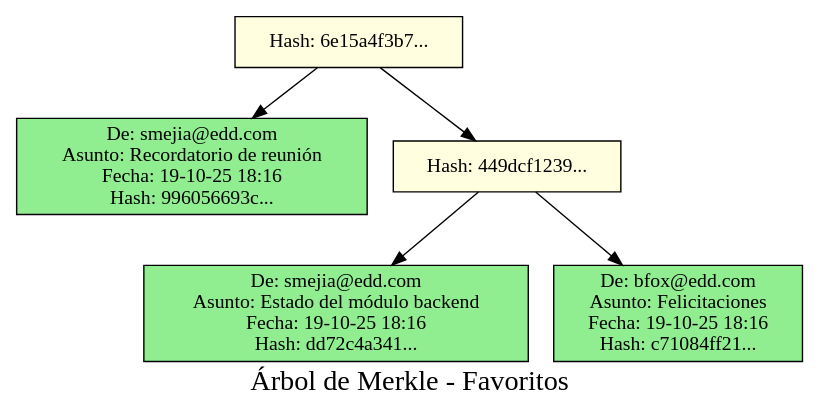
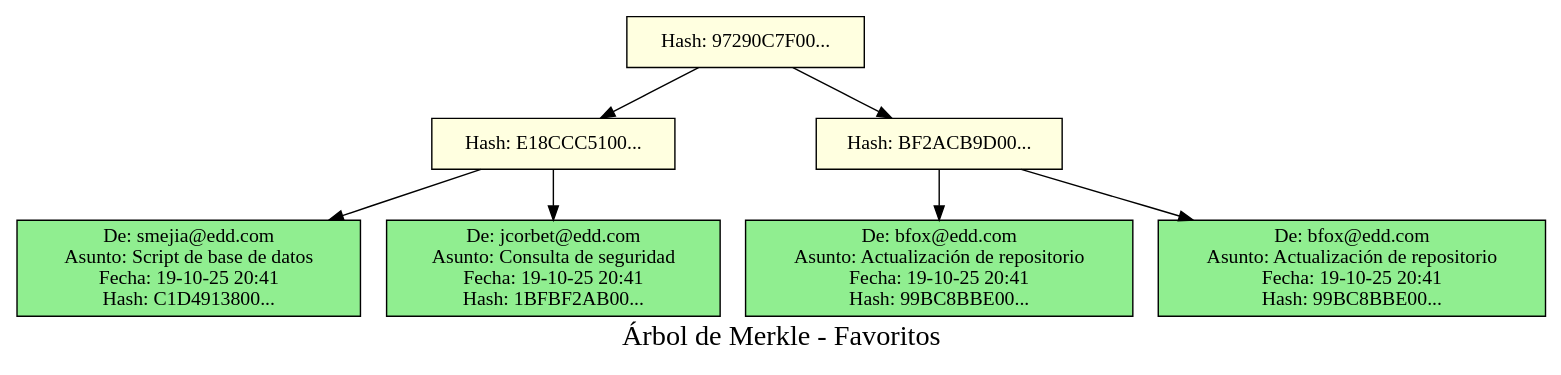
One commit to JoseArt777/-EDD-1S2025_202100305 changed the diagram in Fase1/src/lgarcia-Reportes/merkle_tree.dot. Above: the diagram before and after it, drawn with Graphviz. The commit also changed 10 other files, not shown here.

```diff
--- a/Fase1/src/lgarcia-Reportes/merkle_tree.dot
+++ b/Fase1/src/lgarcia-Reportes/merkle_tree.dot
@@ -1,16 +1,20 @@
 digraph MerkleTree {
     label="Árbol de Merkle - Favoritos";
     fontsize=20;
     node [shape=box, style=filled];
     rankdir=TB;
 
-    node0 [label="Hash: 6e15a4f3b7...", fillcolor=lightyellow];
-    node1 [label="De: smejia@edd.com\nAsunto: Recordatorio de reunión\nFecha: 19-10-25 18:16\nHash: 996056693c...", fillcolor=lightgreen];
+    node0 [label="Hash: 97290C7F00...", fillcolor=lightyellow];
+    node1 [label="Hash: E18CCC5100...", fillcolor=lightyellow];
+    node2 [label="De: smejia@edd.com\nAsunto: Script de base de datos\nFecha: 19-10-25 20:41\nHash: C1D4913800...", fillcolor=lightgreen];
+    node1 -> node2;
+    node3 [label="De: jcorbet@edd.com\nAsunto: Consulta de seguridad\nFecha: 19-10-25 20:41\nHash: 1BFBF2AB00...", fillcolor=lightgreen];
+    node1 -> node3;
     node0 -> node1;
-    node2 [label="Hash: 449dcf1239...", fillcolor=lightyellow];
-    node3 [label="De: smejia@edd.com\nAsunto: Estado del módulo backend\nFecha: 19-10-25 18:16\nHash: dd72c4a341...", fillcolor=lightgreen];
-    node2 -> node3;
-    node4 [label="De: bfox@edd.com\nAsunto: Felicitaciones\nFecha: 19-10-25 18:16\nHash: c71084ff21...", fillcolor=lightgreen];
-    node2 -> node4;
-    node0 -> node2;
+    node4 [label="Hash: BF2ACB9D00...", fillcolor=lightyellow];
+    node5 [label="De: bfox@edd.com\nAsunto: Actualización de repositorio\nFecha: 19-10-25 20:41\nHash: 99BC8BBE00...", fillcolor=lightgreen];
+    node4 -> node5;
+    node6 [label="De: bfox@edd.com\nAsunto: Actualización de repositorio\nFecha: 19-10-25 20:41\nHash: 99BC8BBE00...", fillcolor=lightgreen];
+    node4 -> node6;
+    node0 -> node4;
 }
```
